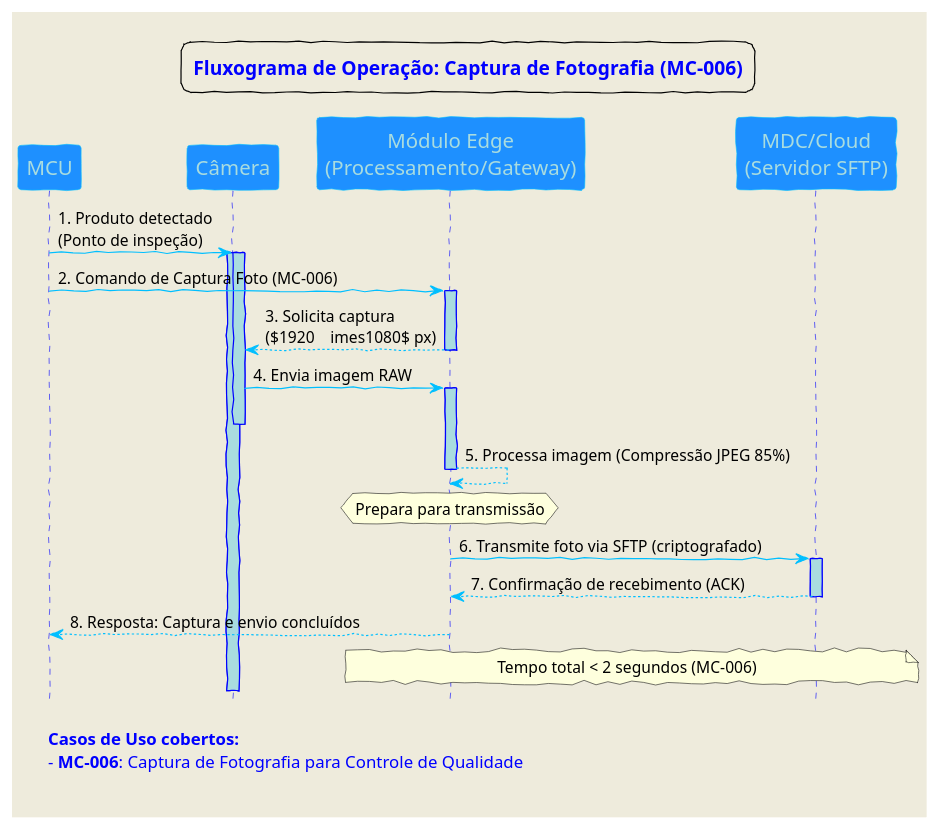
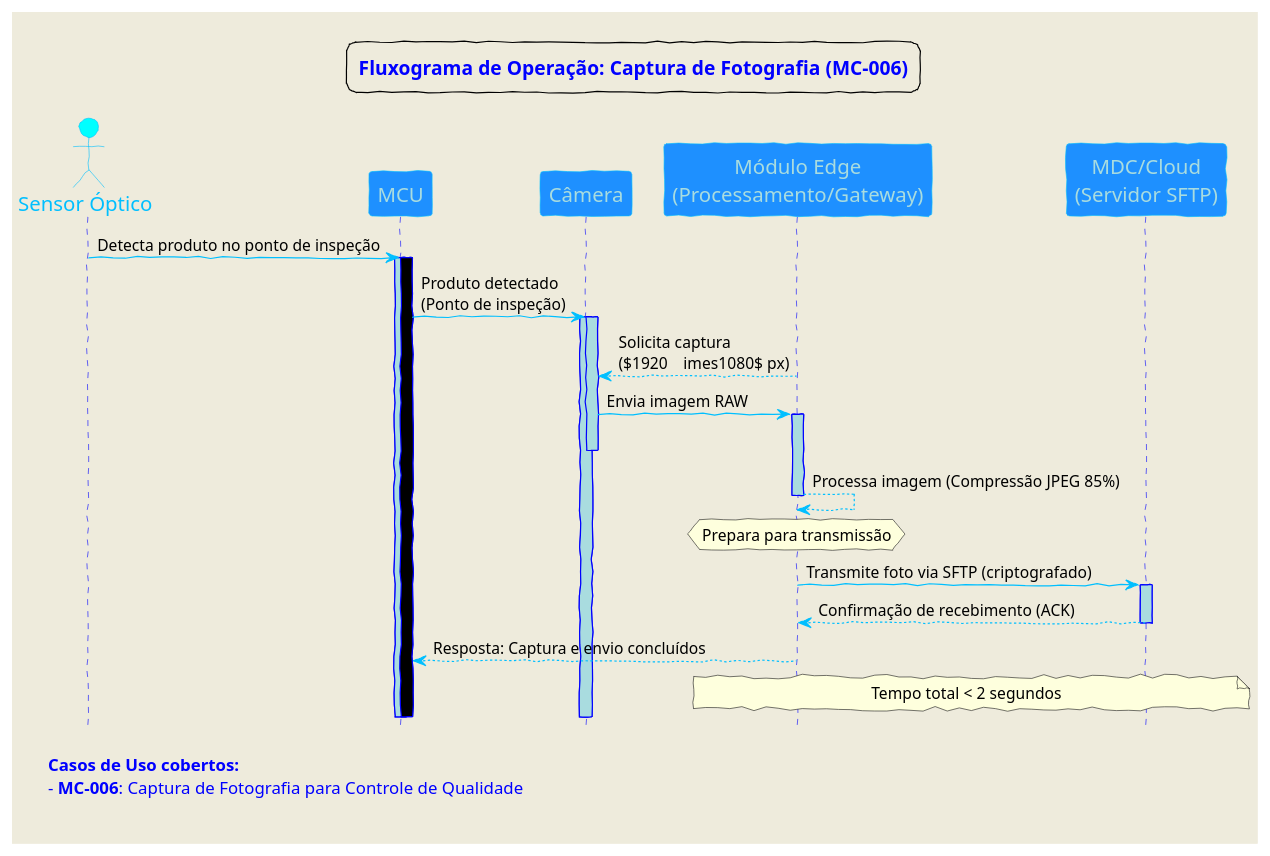
The diagram in DS-FOTO-001.puml (Embrapac/diagramas), drawn with PlantUML before and after one commit.

Commit message:
Diagrama de Sequencia Camera

```diff
--- a/DS-FOTO-001.puml
+++ b/DS-FOTO-001.puml
@@ -1,74 +1,79 @@
 @startuml
 
 <style>
 footer {
   HorizontalAlignment left
   FontSize 14
   FontColor blue
   FontName Arial
   Margin 20
   Padding 10
 }
 
 legend {
   HorizontalAlignment center
   FontSize 16
   FontColor Blue
   FontName Arial
   Margin 20
   Padding 10
 }
 </style>
 
 
 'Parametros de cor:
 skinparam backgroundColor #EEEBDC
 skinparam handwritten true
 skinparam sequenceArrowColor DeepSkyBlue
 skinparam sequenceActorBorderColor DeepSkyBlue
 skinparam sequenceLifeLineBorderColor blue
 skinparam sequenceLifeLineBackgroundColor #A9DCDF
 skinparam sequenceParticipantBorderColor DeepSkyBlue
 skinparam sequenceParticipantBackgroundColor DodgerBlue
 skinparam sequenceParticipantFontName Impact
 skinparam sequenceParticipantFontSize 17
 skinparam sequenceParticipantFontColor #A9DCDF
 skinparam sequenceActorBackgroundColor aqua
 skinparam sequenceActorFontColor DeepSkyBlue
 skinparam sequenceActorFontSize 17
 skinparam sequenceActorFontName Aapex
 
 autoactivate on
 Hide footbox
 
+actor "Sensor Óptico"
+
+"Sensor Óptico" -> MCU: Detecta produto no ponto de inspeção
+activate MCU #000000
+
+
 participant "MCU" as MCU
 participant Câmera
 participant "Módulo Edge\n(Processamento/Gateway)" as EDGE
 participant "MDC/Cloud\n(Servidor SFTP)" as MDC
 
-MCU -> Câmera : 1. Produto detectado\n(Ponto de inspeção)
+MCU -> Câmera : Produto detectado\n(Ponto de inspeção)
 activate Câmera
-MCU -> EDGE : 2. Comando de Captura Foto (MC-006)
-EDGE --> Câmera : 3. Solicita captura \n($1920\times1080$ px)
-Câmera -> EDGE : 4. Envia imagem RAW
+EDGE --> Câmera : Solicita captura \n($1920\times1080$ px)
+Câmera -> EDGE : Envia imagem RAW
 deactivate Câmera
 
-EDGE --> EDGE : 5. Processa imagem (Compressão JPEG 85%)
+EDGE --> EDGE : Processa imagem (Compressão JPEG 85%)
 hnote over EDGE : Prepara para transmissão
 
-EDGE -> MDC : 6. Transmite foto via SFTP (criptografado)
-MDC --> EDGE : 7. Confirmação de recebimento (ACK)
+EDGE -> MDC : Transmite foto via SFTP (criptografado)
+MDC --> EDGE : Confirmação de recebimento (ACK)
 
-EDGE --> MCU : 8. Resposta: Captura e envio concluídos
-note over EDGE, MDC: Tempo total < 2 segundos (MC-006)
+EDGE --> MCU : Resposta: Captura e envio concluídos
+note over EDGE, MDC: Tempo total < 2 segundos
 
 legend top
  **Fluxograma de Operação: Captura de Fotografia (MC-006)**
 end legend
 
 footer
   **Casos de Uso cobertos:**
    - **MC-006**: Captura de Fotografia para Controle de Qualidade
 end footer  
 
-@enduml
+@endumlg
```
